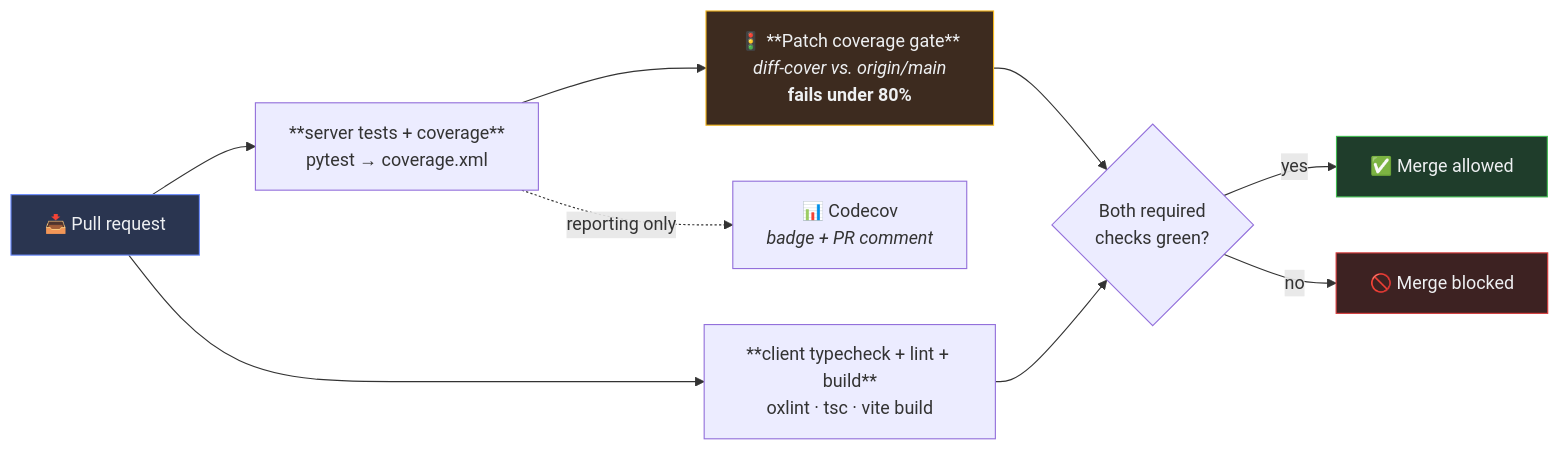
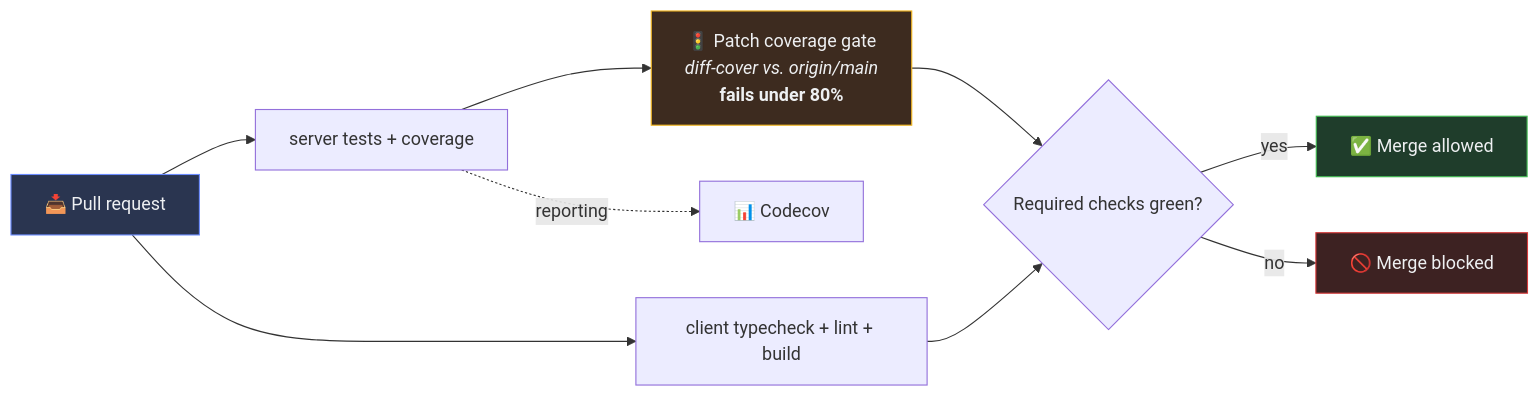
The seventh of 7 diagrams in README.md (AdielMag/2d-assets-pipeline), drawn with Mermaid before and after one commit. The commit also changed other lines of this file and 1 other file, not shown here.

````diff
--- a/README.md
+++ b/README.md
@@ -648,16 +774,16 @@
 ```mermaid
 flowchart LR
-    PR["📥 Pull request"] --> J1["**server tests + coverage**<br/>pytest → coverage.xml"]
-    PR --> J2["**client typecheck + lint + build**<br/>oxlint · tsc · vite build"]
-    J1 --> DC["🚦 **Patch coverage gate**<br/><i>diff-cover vs. origin/main</i><br/><b>fails under 80%</b>"]
-    J1 -.->|"reporting only"| CC["📊 Codecov<br/><i>badge + PR comment</i>"]
-    DC --> G{"Both required<br/>checks green?"}
+    PR["📥 Pull request"] --> J1["server tests + coverage"]
+    PR --> J2["client typecheck + lint + build"]
+    J1 --> DC["🚦 Patch coverage gate<br/><i>diff-cover vs. origin/main</i><br/><b>fails under 80%</b>"]
+    J1 -.->|"reporting"| CC["📊 Codecov"]
+    DC --> G{"Required checks green?"}
     J2 --> G
     G -->|"yes"| M["✅ Merge allowed"]
     G -->|"no"| B["🚫 Merge blocked"]
 
     style PR fill:#2a3550,stroke:#6c8cff,color:#eef0f2
     style DC fill:#3d2b1f,stroke:#f5b820,color:#eef0f2
     style M fill:#1f3d2b,stroke:#3fb950,color:#eef0f2
     style B fill:#3d2222,stroke:#d63a3a,color:#eef0f2
 ```
````
